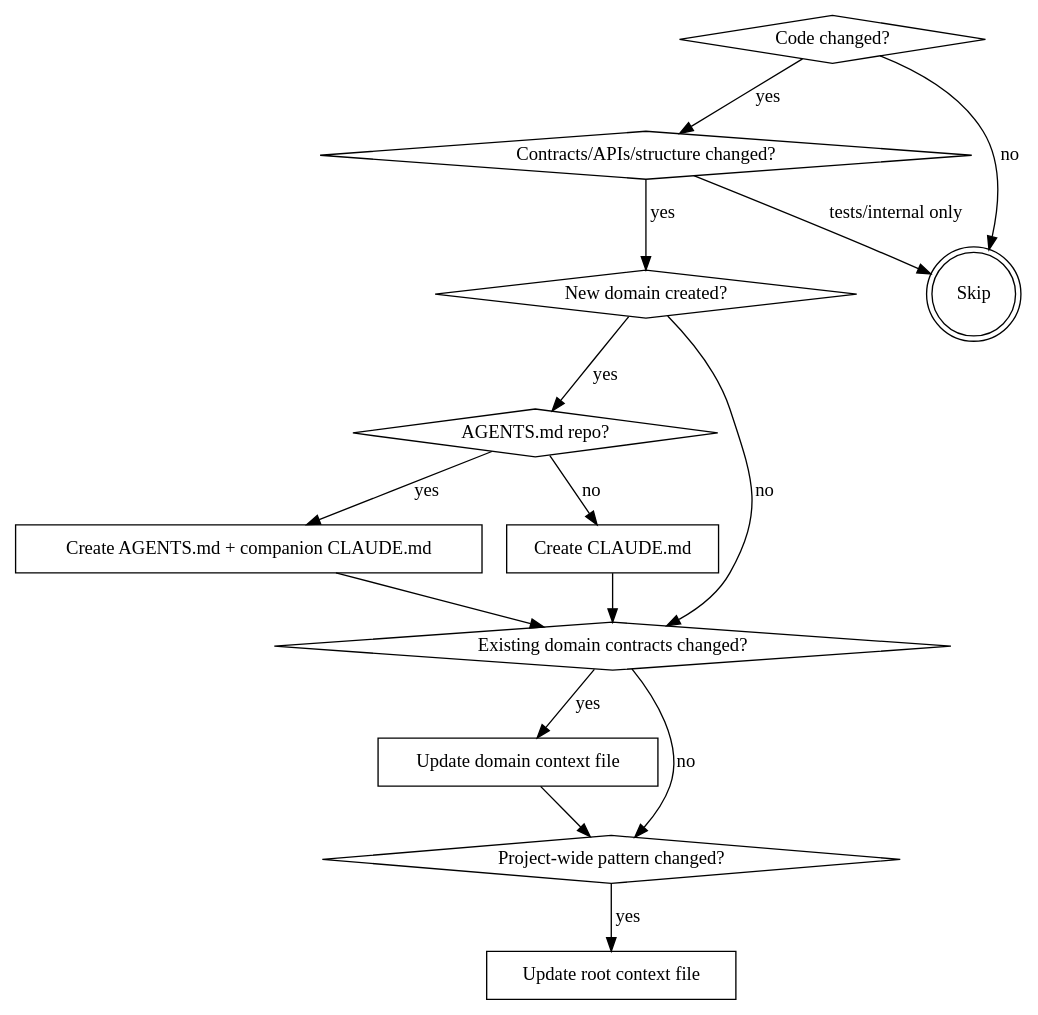
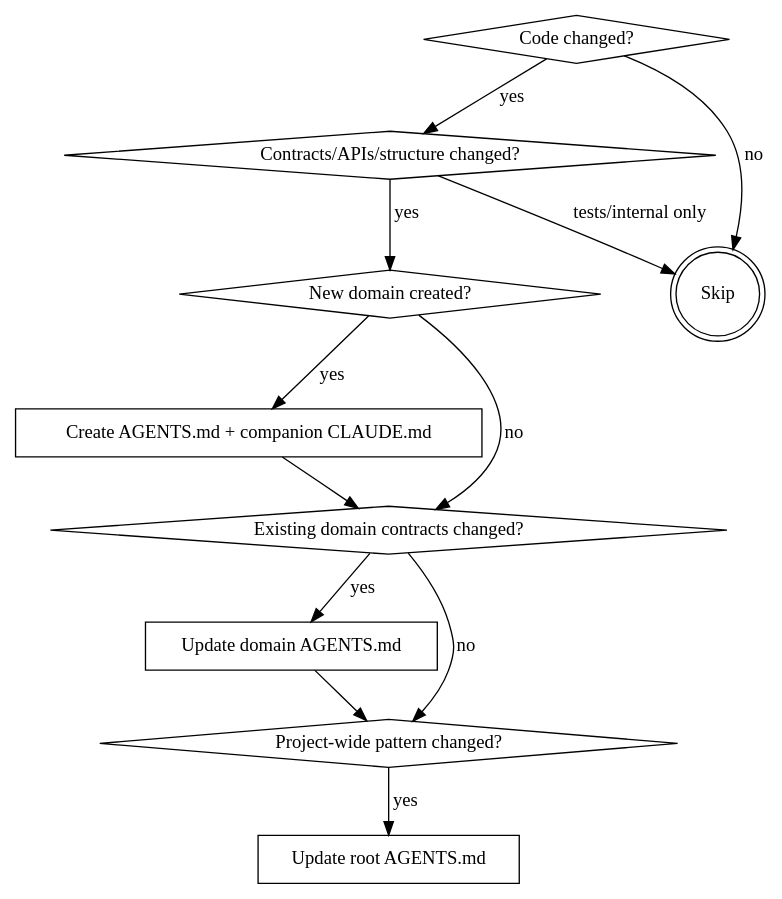
The diagram in plugins/meta/skills/maintaining-project-context/SKILL.md (vivshaw/loam), drawn with Graphviz before and after one commit. The commit also changed other lines of this file and 19 other files, not shown here.

````diff
--- a/plugins/meta/skills/maintaining-project-context/SKILL.md
+++ b/plugins/meta/skills/maintaining-project-context/SKILL.md
@@ -145,30 +117,25 @@
 ```dot
 digraph context_update_flow {
     "Code changed?" [shape=diamond];
     "Contracts/APIs/structure changed?" [shape=diamond];
     "New domain created?" [shape=diamond];
-    "AGENTS.md repo?" [shape=diamond];
     "Create AGENTS.md + companion CLAUDE.md" [shape=box];
-    "Create CLAUDE.md" [shape=box];
     "Existing domain contracts changed?" [shape=diamond];
-    "Update domain context file" [shape=box];
+    "Update domain AGENTS.md" [shape=box];
     "Project-wide pattern changed?" [shape=diamond];
-    "Update root context file" [shape=box];
+    "Update root AGENTS.md" [shape=box];
     "Skip" [shape=doublecircle];
 
     "Code changed?" -> "Skip" [label="no"];
     "Code changed?" -> "Contracts/APIs/structure changed?" [label="yes"];
     "Contracts/APIs/structure changed?" -> "Skip" [label="tests/internal only"];
     "Contracts/APIs/structure changed?" -> "New domain created?" [label="yes"];
-    "New domain created?" -> "AGENTS.md repo?" [label="yes"];
+    "New domain created?" -> "Create AGENTS.md + companion CLAUDE.md" [label="yes"];
     "New domain created?" -> "Existing domain contracts changed?" [label="no"];
-    "AGENTS.md repo?" -> "Create AGENTS.md + companion CLAUDE.md" [label="yes"];
-    "AGENTS.md repo?" -> "Create CLAUDE.md" [label="no"];
     "Create AGENTS.md + companion CLAUDE.md" -> "Existing domain contracts changed?";
-    "Create CLAUDE.md" -> "Existing domain contracts changed?";
-    "Existing domain contracts changed?" -> "Update domain context file" [label="yes"];
+    "Existing domain contracts changed?" -> "Update domain AGENTS.md" [label="yes"];
     "Existing domain contracts changed?" -> "Project-wide pattern changed?" [label="no"];
-    "Update domain context file" -> "Project-wide pattern changed?";
-    "Project-wide pattern changed?" -> "Update root context file" [label="yes"];
+    "Update domain AGENTS.md" -> "Project-wide pattern changed?";
+    "Project-wide pattern changed?" -> "Update root AGENTS.md" [label="yes"];
 }
 ```
````
